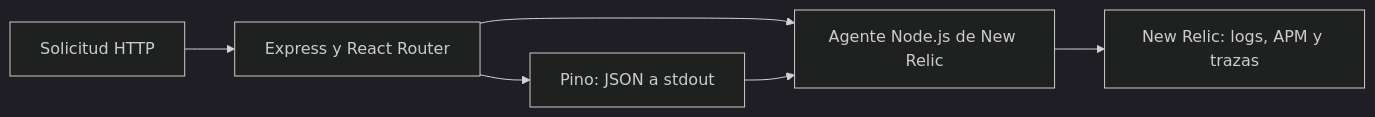
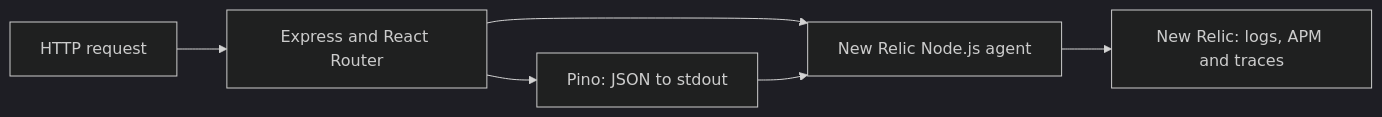
One commit to jorgeluis594/yoyos changed the diagram in docs/logging.md. Above: the diagram before and after it, drawn with Mermaid (dark theme). The commit also changed other lines of this file and 15 other files, not shown here.

````diff
--- a/docs/logging.md
+++ b/docs/logging.md
@@ -9,8 +16,8 @@
 ```mermaid
 flowchart LR
-  R[Solicitud HTTP] --> E[Express y React Router]
-  E --> P[Pino: JSON a stdout]
-  E --> N[Agente Node.js de New Relic]
+  R[HTTP request] --> E[Express and React Router]
+  E --> P[Pino: JSON to stdout]
+  E --> N[New Relic Node.js agent]
   P --> N
-  N --> NR[New Relic: logs, APM y trazas]
+  N --> NR[New Relic: logs, APM and traces]
 ```
````
